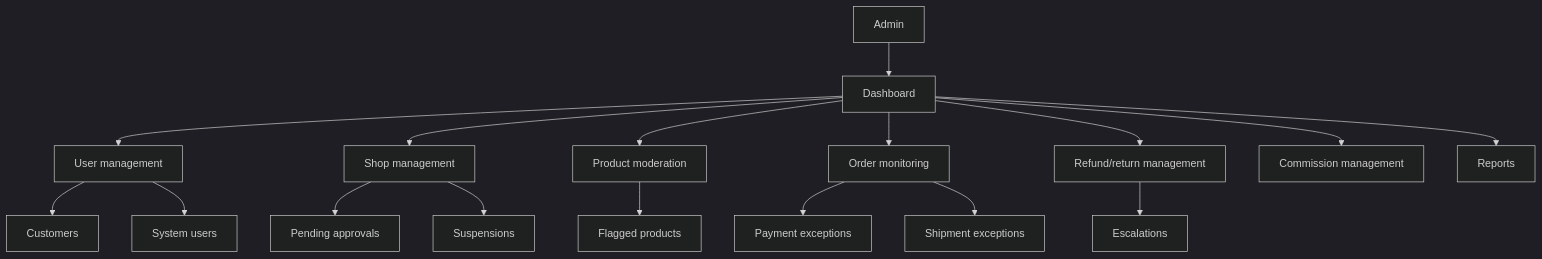
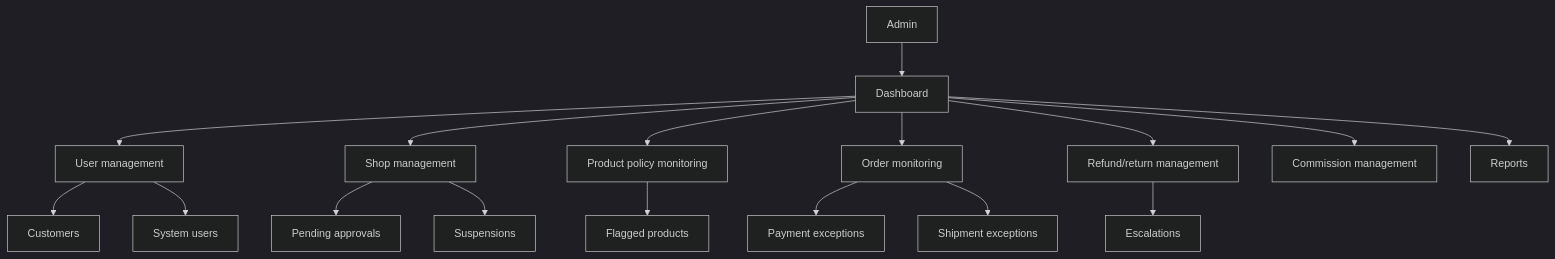
One commit to Ronnakornn/marketplace changed the third of 4 diagrams in docs/05-frontend/information-architecture.md. Above: the diagram before and after it, drawn with Mermaid (dark theme). The commit also changed other lines of this file and 61 other files, not shown here.

````diff
--- a/docs/05-frontend/information-architecture.md
+++ b/docs/05-frontend/information-architecture.md
@@ -216,20 +216,20 @@
 ```mermaid
 flowchart TD
   Admin[Admin] --> Dashboard[Dashboard]
   Dashboard --> Users[User management]
   Dashboard --> Shops[Shop management]
-  Dashboard --> Products[Product moderation]
+  Dashboard --> Products[Product policy monitoring]
   Dashboard --> Orders[Order monitoring]
   Dashboard --> Refunds[Refund/return management]
   Dashboard --> Commissions[Commission management]
   Dashboard --> Reports[Reports]
 
   Users --> Customers[Customers]
   Users --> SystemUsers[System users]
   Shops --> PendingShops[Pending approvals]
   Shops --> SuspendedShops[Suspensions]
   Products --> FlaggedProducts[Flagged products]
   Orders --> PaymentExceptions[Payment exceptions]
   Orders --> ShipmentExceptions[Shipment exceptions]
   Refunds --> Escalations[Escalations]
 ```
````
